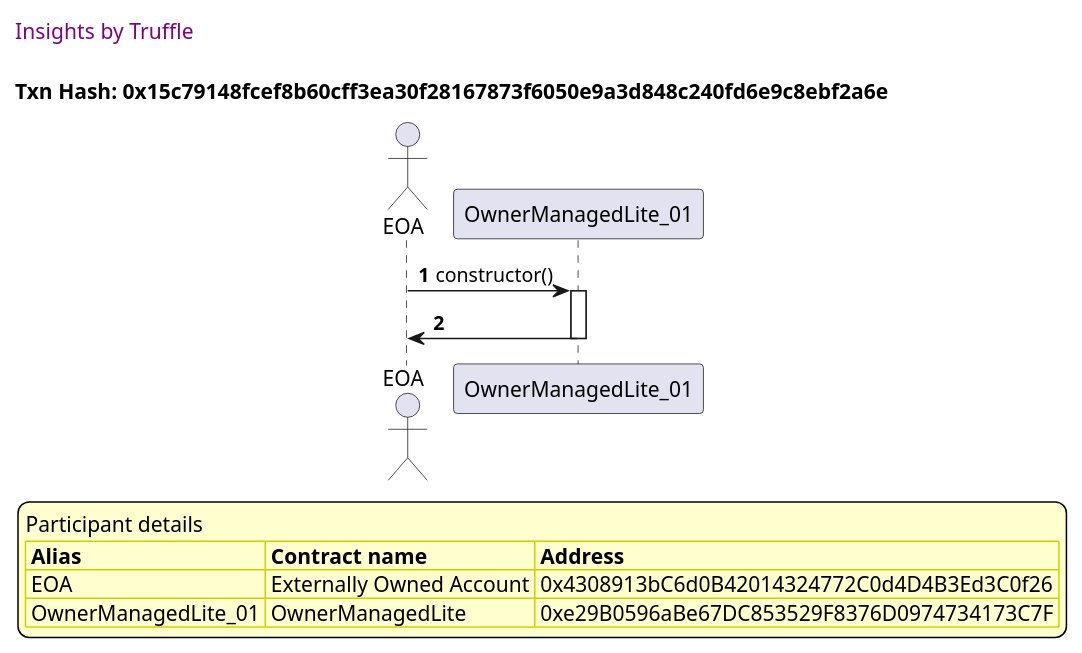
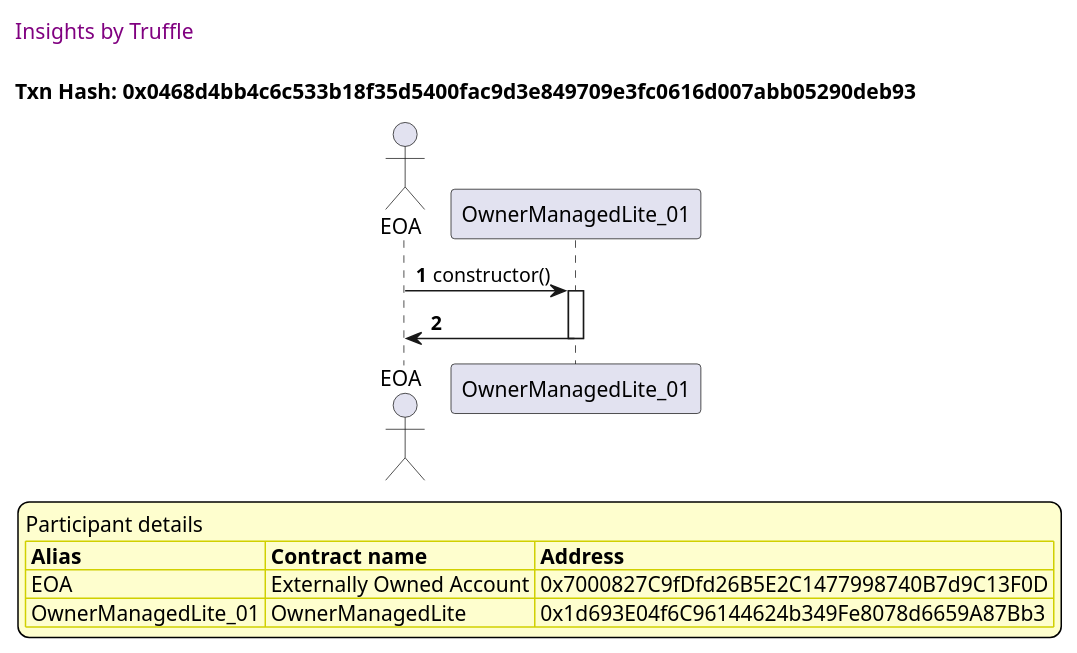
The first of 31 diagrams in truffle-seq/OwnerManagedLite_test_griefing_prevention.md (thedarkjester/ConsensysAssignment), drawn with PlantUML before and after one commit. The commit also changed other lines of this file and 13 other files, not shown here.

````diff
--- a/truffle-seq/OwnerManagedLite_test_griefing_prevention.md
+++ b/truffle-seq/OwnerManagedLite_test_griefing_prevention.md
@@ -13,37 +13,37 @@
 ```plantuml
 
 
 @startuml
 
 autonumber
 skinparam legendBackgroundColor #FEFECE
 
 <style>
       header {
         HorizontalAlignment left
         FontColor purple
         FontSize 14
         Padding 10
       }
     </style>
 
 header Insights by Truffle
 
-title Txn Hash: 0x15c79148fcef8b60cff3ea30f28167873f6050e9a3d848c240fd6e9c8ebf2a6e
+title Txn Hash: 0x0468d4bb4c6c533b18f35d5400fac9d3e849709e3fc0616d007abb05290deb93
 
 
 actor EOA as "EOA"
 participant OwnerManagedLite_01 as "OwnerManagedLite_01"
 
 "EOA" -> "OwnerManagedLite_01" ++: constructor()
 "OwnerManagedLite_01" -> "EOA" --: 
 
 legend
 Participant details
 <#FEFECE,#D0D000>|= Alias |= Contract name |= Address |
-<#FEFECE>| EOA | Externally Owned Account | 0x4308913bC6d0B42014324772C0d4D4B3Ed3C0f26 |
-<#FEFECE>| OwnerManagedLite_01 | OwnerManagedLite | 0xe29B0596aBe67DC853529F8376D0974734173C7F |
+<#FEFECE>| EOA | Externally Owned Account | 0x7000827C9fDfd26B5E2C1477998740B7d9C13F0D |
+<#FEFECE>| OwnerManagedLite_01 | OwnerManagedLite | 0x1d693E04f6C96144624b349Fe8078d6659A87Bb3 |
 endlegend
 
 @enduml
 ```
````
